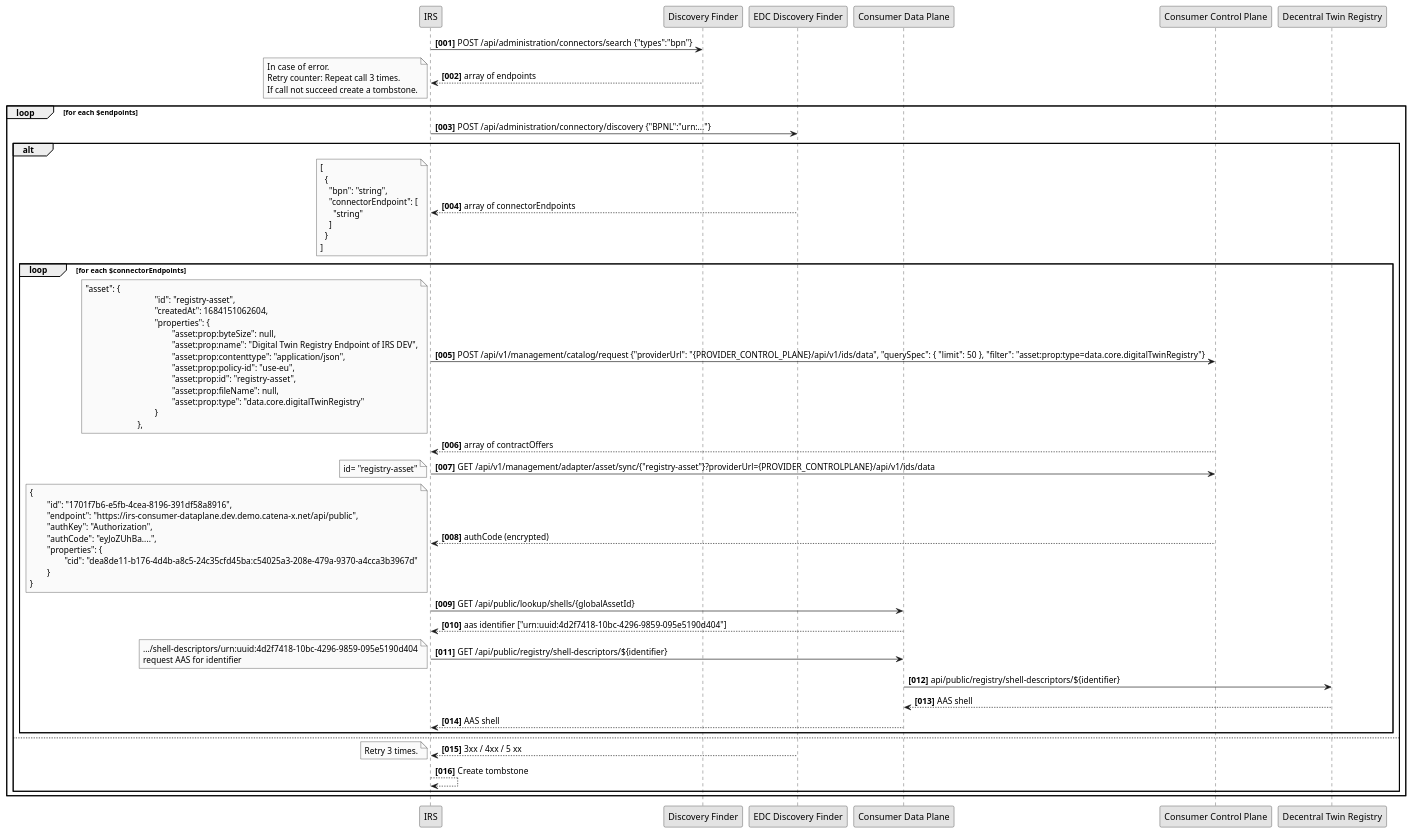
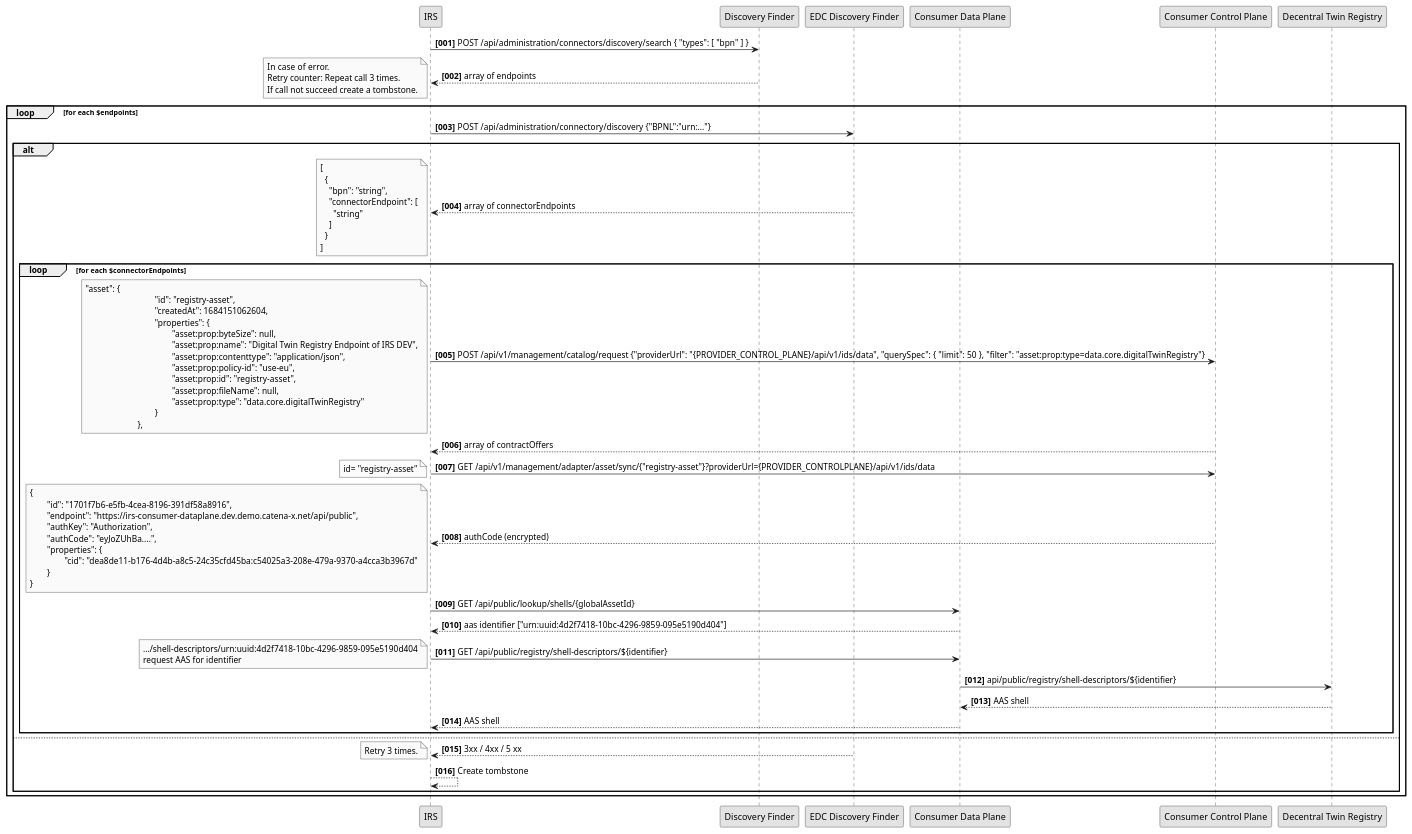
One commit to eclipse-tractusx/item-relationship-service changed the diagram in uml-diagrams/decentral-twin-registry/decentral-digital-registry.puml. Above: the diagram before and after it, drawn with PlantUML.

```diff
--- a/uml-diagrams/decentral-twin-registry/decentral-digital-registry.puml
+++ b/uml-diagrams/decentral-twin-registry/decentral-digital-registry.puml
@@ -1,99 +1,99 @@
 @startuml
 skinparam monochrome true
 skinparam shadowing false
 
 
 autonumber "<b>[000]"
 
 participant "IRS" as IRS
 participant "Discovery Finder" as DCF
 participant "EDC Discovery Finder" as EDCDF
 participant "Consumer Data Plane" as CONSUMER_DATA_PLANE
 participant "Consumer Control Plane" as CONSUMER_CONTROLPLANE
 participant "Decentral Twin Registry" as DTR
 
-IRS -> DCF: POST /api/administration/connectors/search {"types":"bpn"}
+IRS -> DCF: POST /api/administration/connectors/discovery/search { "types": [ "bpn" ] }
 IRS <-- DCF: array of endpoints
 note left
     In case of error.
     Retry counter: Repeat call 3 times.
     If call not succeed create a tombstone.
 end note
 loop for each $endpoints
     IRS -> EDCDF : POST /api/administration/connectory/discovery {"BPNL":"urn:..."}
     alt
          IRS <-- EDCDF : array of connectorEndpoints
          note left
                  [
                    {
                      "bpn": "string",
                      "connectorEndpoint": [
                        "string"
                      ]
                    }
                  ]
          end note
          loop for each $connectorEndpoints
              IRS -> CONSUMER_CONTROLPLANE: POST /api/v1/management/catalog/request {"providerUrl": "{PROVIDER_CONTROL_PLANE}/api/v1/ids/data", "querySpec": { "limit": 50 }, "filter": "asset:prop:type=data.core.digitalTwinRegistry"}
              note left
                 "asset": {
                 				"id": "registry-asset",
                 				"createdAt": 1684151062604,
                 				"properties": {
                 					"asset:prop:byteSize": null,
                 					"asset:prop:name": "Digital Twin Registry Endpoint of IRS DEV",
                 					"asset:prop:contenttype": "application/json",
                 					"asset:prop:policy-id": "use-eu",
                 					"asset:prop:id": "registry-asset",
                 					"asset:prop:fileName": null,
                 					"asset:prop:type": "data.core.digitalTwinRegistry"
                 				}
                 			},
              end note
              IRS <-- CONSUMER_CONTROLPLANE: array of contractOffers
 
              IRS -> CONSUMER_CONTROLPLANE: GET /api/v1/management/adapter/asset/sync/{"registry-asset"}?providerUrl={PROVIDER_CONTROLPLANE}/api/v1/ids/data
              note left
                 id= "registry-asset"
              end note
              IRS <-- CONSUMER_CONTROLPLANE: authCode (encrypted)
              note left
                  {
                  	"id": "1701f7b6-e5fb-4cea-8196-391df58a8916",
                  	"endpoint": "https://irs-consumer-dataplane.dev.demo.catena-x.net/api/public",
                  	"authKey": "Authorization",
                  	"authCode": "eyJoZUhBa....",
                  	"properties": {
                  		"cid": "dea8de11-b176-4d4b-a8c5-24c35cfd45ba:c54025a3-208e-479a-9370-a4cca3b3967d"
                  	}
                  }
              end note
              IRS -> CONSUMER_DATA_PLANE: GET /api/public/lookup/shells/{globalAssetId}
              IRS <-- CONSUMER_DATA_PLANE: aas identifier ["urn:uuid:4d2f7418-10bc-4296-9859-095e5190d404"]
 
              IRS -> CONSUMER_DATA_PLANE : GET /api/public/registry/shell-descriptors/${identifier}
              note left
                   .../shell-descriptors/urn:uuid:4d2f7418-10bc-4296-9859-095e5190d404
                   request AAS for identifier
              end note
              CONSUMER_DATA_PLANE -> DTR : api/public/registry/shell-descriptors/${identifier}
              CONSUMER_DATA_PLANE <-- DTR: AAS shell
              IRS <-- CONSUMER_DATA_PLANE: AAS shell
          end loop
     else
           IRS <-- EDCDF : 3xx / 4xx / 5 xx
           note left
                 Retry 3 times.
           end note
           IRS --> IRS : Create tombstone
     end alt
 
 
 end loop
 
 
 
 
 
 
 @enduml
```
